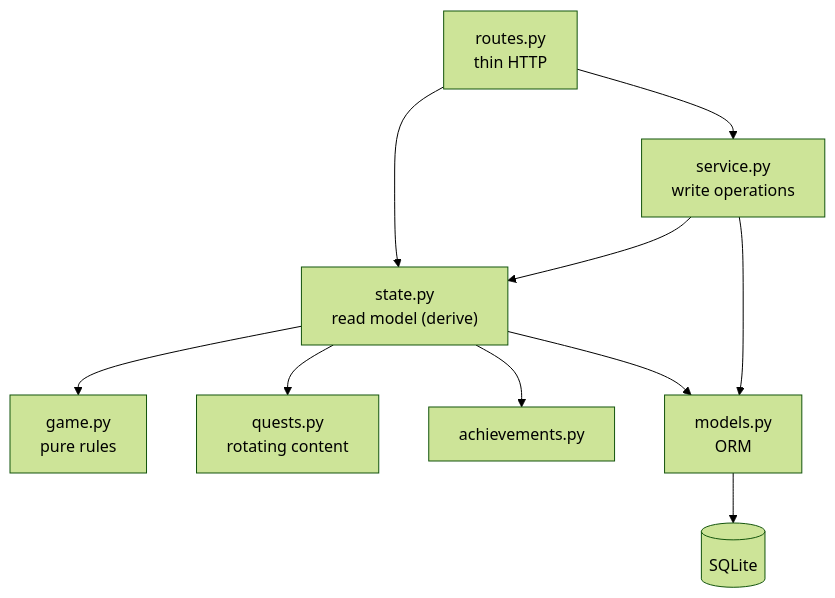
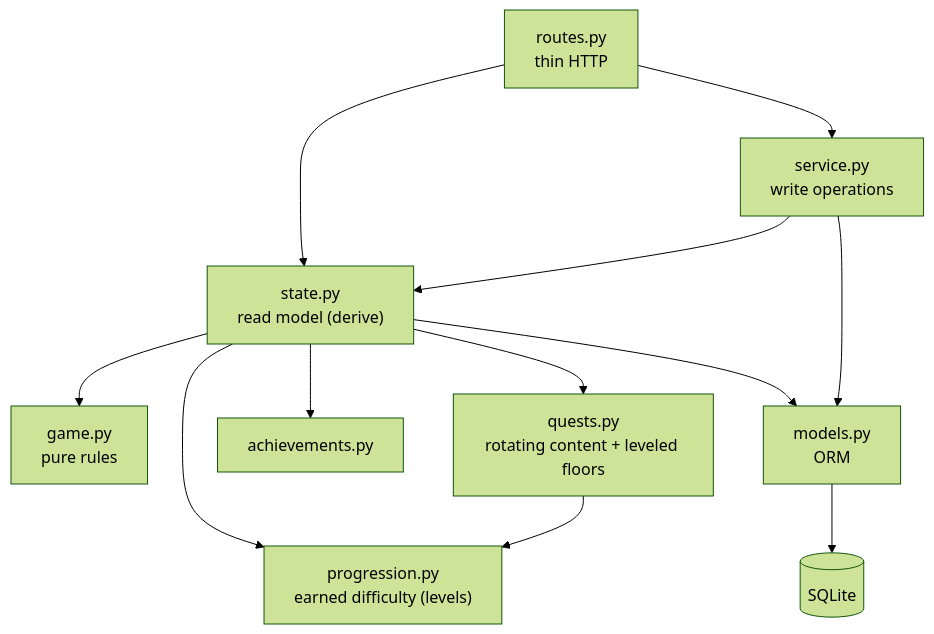
The second of 2 diagrams in README.md (thatkidplongy/arise), drawn with Mermaid (forest theme) before and after one commit. The commit also changed other lines of this file and 1 other file, not shown here.

First line of the commit message:
docs: progression system + plain-English architecture

````diff
--- a/README.md
+++ b/README.md
@@ -104,12 +147,14 @@
 ```mermaid
 flowchart TD
   R["routes.py<br/>thin HTTP"] --> ST["state.py<br/>read model (derive)"]
   R --> SV["service.py<br/>write operations"]
   SV --> ST
   ST --> G["game.py<br/>pure rules"]
-  ST --> Q["quests.py<br/>rotating content"]
+  ST --> Q["quests.py<br/>rotating content + leveled floors"]
+  ST --> P["progression.py<br/>earned difficulty (levels)"]
+  Q --> P
   ST --> AC["achievements.py"]
   ST --> M["models.py<br/>ORM"]
   SV --> M
   M --> DB[("SQLite")]
 ```
````
